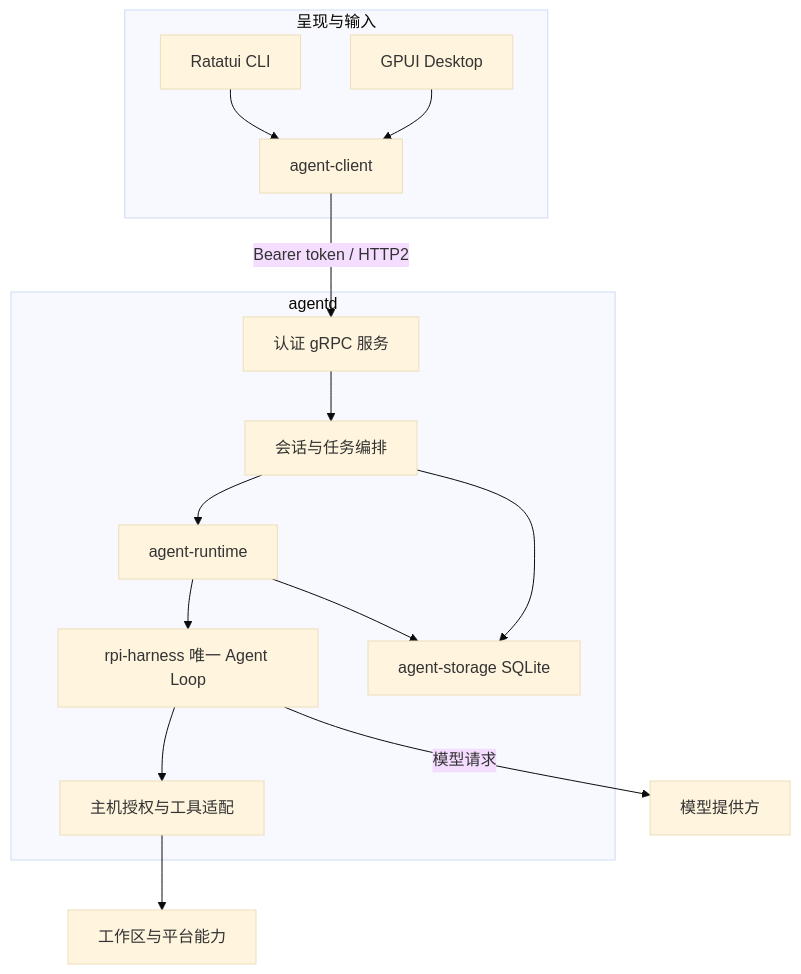
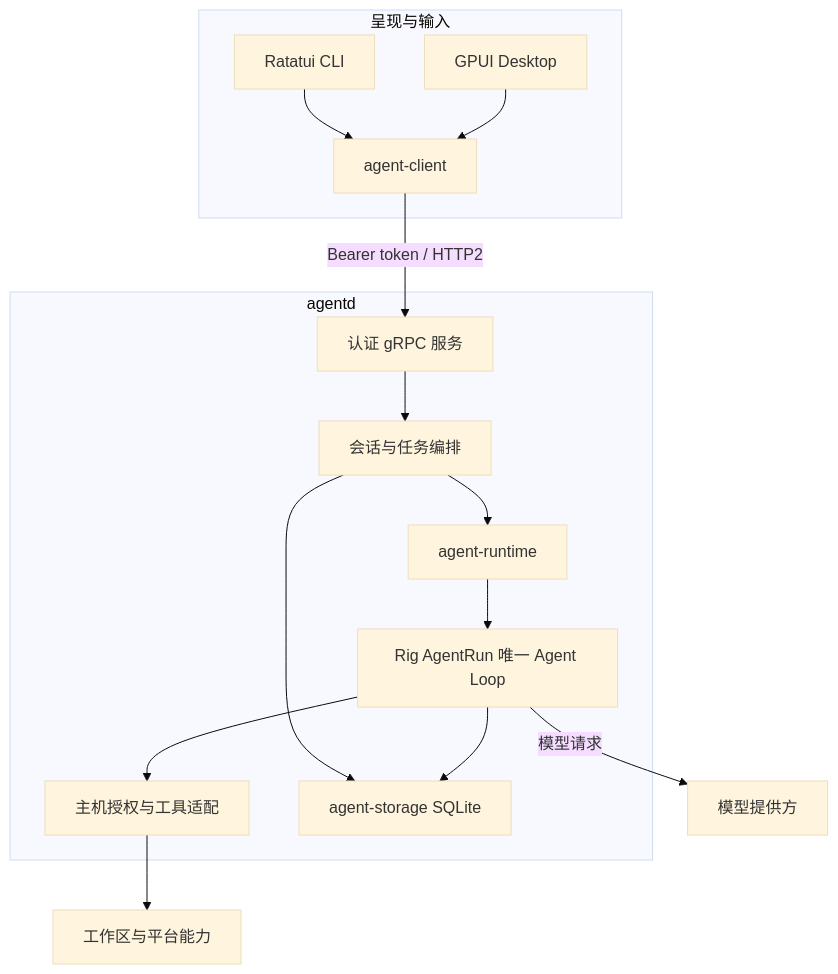
The third of 4 diagrams in docs/zh/src/architecture.md (lyonbrown4d/lyonbrown), drawn with Mermaid (base theme) before and after one commit. The commit also changed other lines of this file and 149 other files, not shown here.

````diff
--- a/docs/zh/src/architecture.md
+++ b/docs/zh/src/architecture.md
@@ -151,27 +151,27 @@
 ```mermaid
 flowchart TB
     subgraph Clients[呈现与输入]
         CLI[Ratatui CLI]
         Desktop[GPUI Desktop]
         Client[agent-client]
         CLI --> Client
         Desktop --> Client
     end
     subgraph Daemon[agentd]
         Service[认证 gRPC 服务]
         Orchestration[会话与任务编排]
         Runtime[agent-runtime]
-        Harness[rpi-harness 唯一 Agent Loop]
+        AgentLoop[Rig AgentRun 唯一 Agent Loop]
         Tools[主机授权与工具适配]
         Store[agent-storage SQLite]
         Service --> Orchestration
         Orchestration --> Runtime
-        Runtime --> Harness
-        Harness --> Tools
+        Runtime --> AgentLoop
+        AgentLoop --> Tools
         Orchestration --> Store
-        Runtime --> Store
+        AgentLoop --> Store
     end
     Client -->|Bearer token / HTTP2| Service
-    Harness -->|模型请求| Provider[模型提供方]
+    AgentLoop -->|模型请求| Provider[模型提供方]
     Tools --> Workspace[工作区与平台能力]
 ```
````
